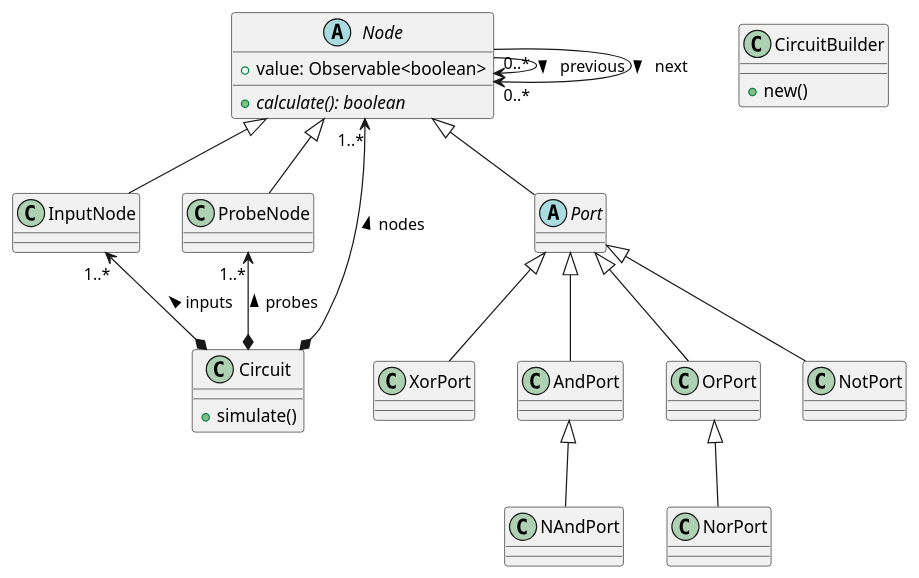
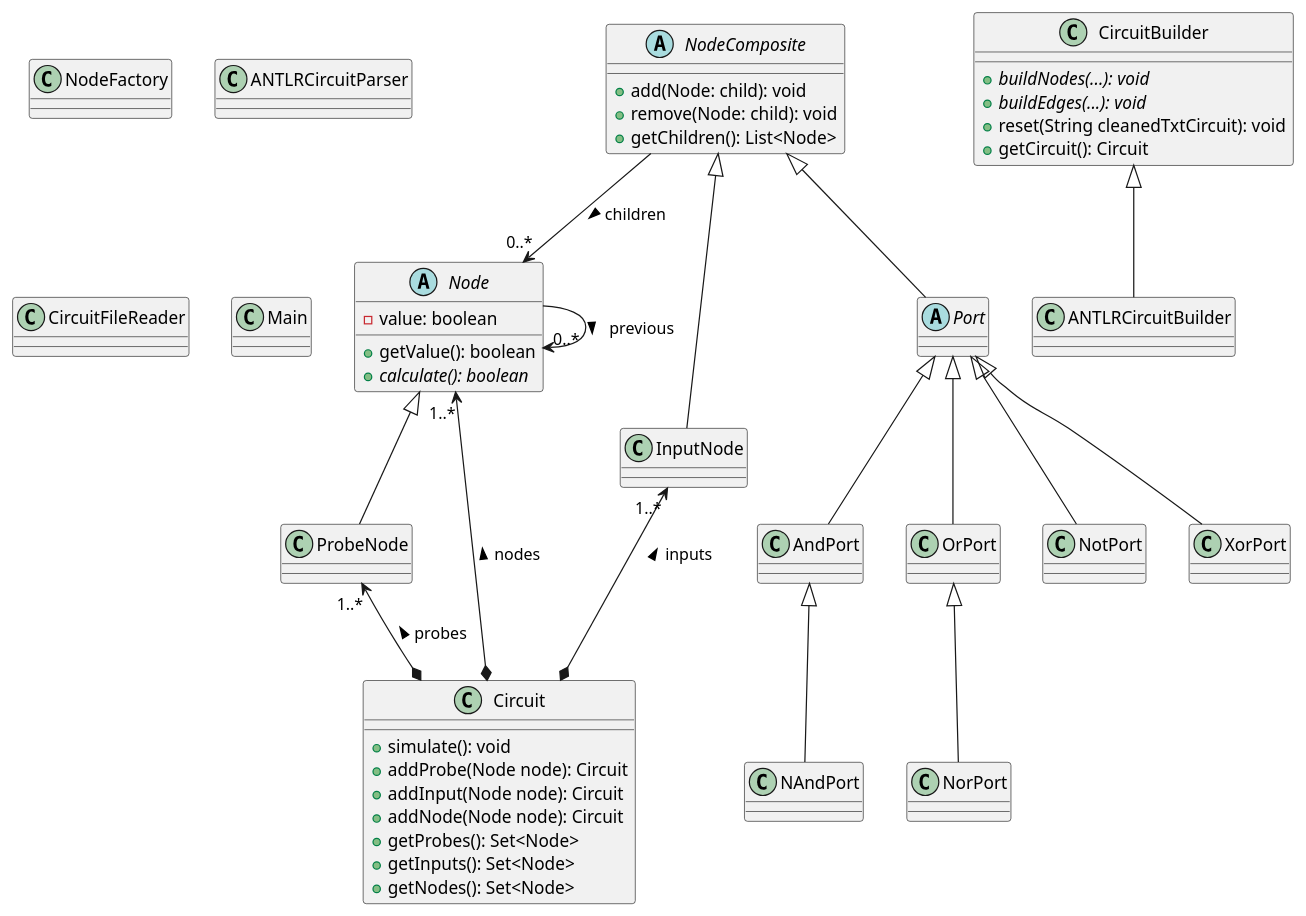
The diagram in docs/diagrams/dkd.puml (stevenliebregt/avans-dp1-sirkwie), drawn with PlantUML before and after one commit. The commit also changed 1 other file, not shown here.

```diff
--- a/docs/diagrams/dkd.puml
+++ b/docs/diagrams/dkd.puml
@@ -1,60 +1,99 @@
 @startuml
 
 ' Nodes
 abstract class Node {
-    +value: Observable<boolean>
+    -value: boolean
+    +getValue(): boolean
     +{abstract} calculate(): boolean
 }
 Node --> "0..*" Node : previous >
-Node --> "0..*" Node : next >
 
+abstract class NodeComposite {
+    +add(Node: child): void
+    +remove(Node: child): void
+    +getChildren(): List<Node>
+}
+NodeComposite --> "0..*" Node : children >
+
+' Inputs
 class InputNode {
 }
-Node <|-- InputNode
+NodeComposite <|-- InputNode
 
 class ProbeNode {
 }
 Node <|-- ProbeNode
 
 ' Ports
 abstract class Port {
 }
-Node <|-- Port
+NodeComposite <|-- Port
 
 class AndPort {
 }
 Port <|-- AndPort
 
 class NAndPort {
 }
 AndPort <|-- NAndPort
 
 class OrPort {
 }
 Port <|-- OrPort
 
 class NorPort {
 }
 OrPort <|-- NorPort
 
 class NotPort {
 }
 Port <|-- NotPort
 
 class XorPort {
 }
 Port <|-- XorPort
 
 ' Circuit
 class Circuit {
-    +simulate()
+    +simulate(): void
+    +addProbe(Node node): Circuit
+    +addInput(Node node): Circuit
+    +addNode(Node node): Circuit
+    +getProbes(): Set<Node>
+    +getInputs(): Set<Node>
+    +getNodes(): Set<Node>
 }
 InputNode "1..*" <--* Circuit : inputs <
 ProbeNode "1..*" <--* Circuit : probes <
 Node "1..*" <--* Circuit : nodes <
 
 ' CircuitBuilder
 class CircuitBuilder {
-    +new()
+    +{abstract} buildNodes(...): void
+    +{abstract} buildEdges(...): void
+    +reset(String cleanedTxtCircuit): void
+    +getCircuit(): Circuit
 }
+
+class ANTLRCircuitBuilder {
+}
+CircuitBuilder <|-- ANTLRCircuitBuilder
+
+' NodeFactory
+class NodeFactory {
+}
+
+' CircuitParser
+class ANTLRCircuitParser {
+}
+
+' CircuitFileReader
+class CircuitFileReader {
+}
+
+' Main
+class Main {
+
+}
+
 @enduml
```
